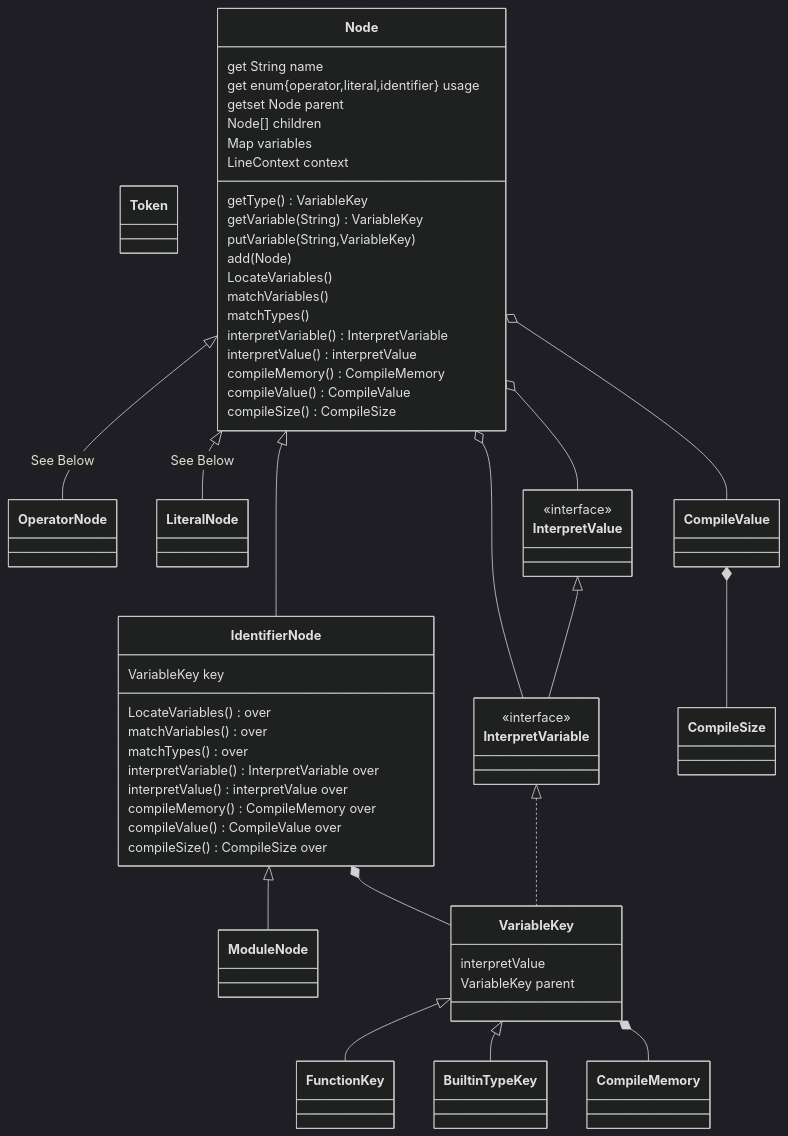
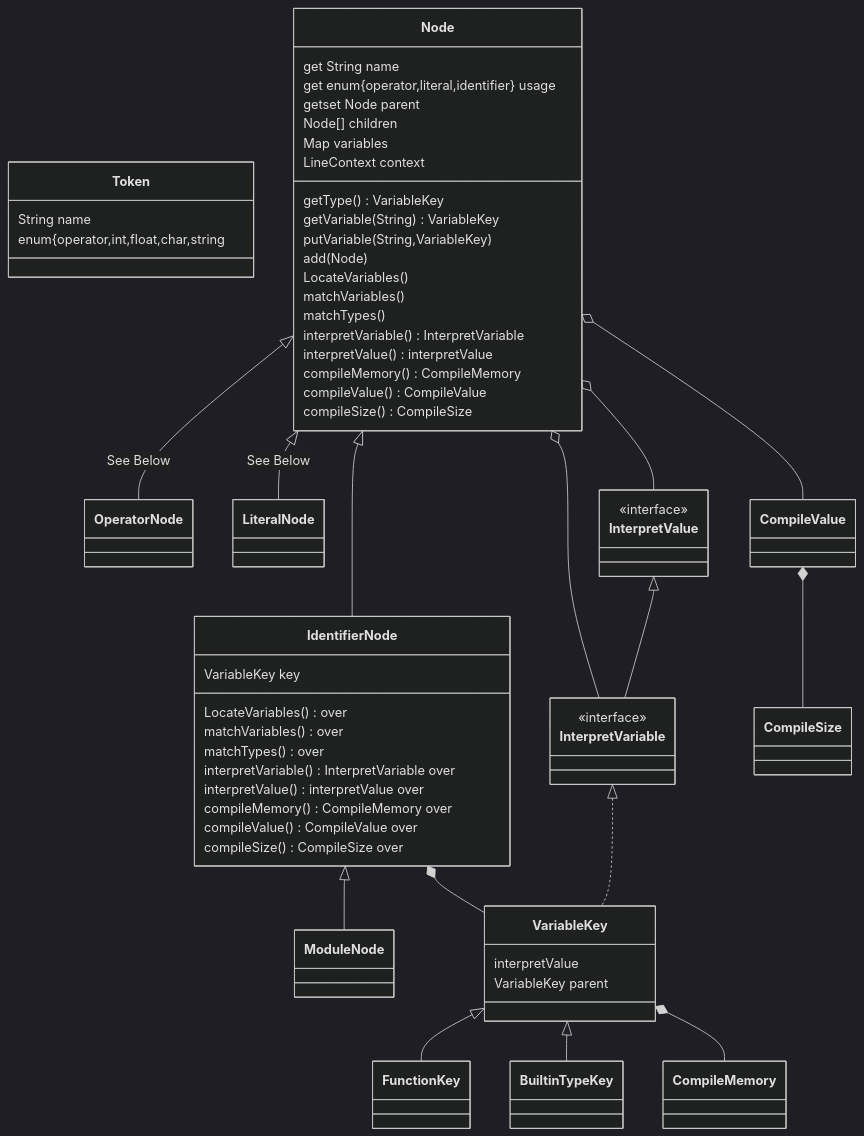
One commit to Jzhyang1/Monomer changed the first of 4 diagrams in README.md. Above: the diagram before and after it, drawn with Mermaid (dark theme). The commit also changed other lines of this file, not shown here.

````diff
--- a/README.md
+++ b/README.md
@@ -239,54 +239,57 @@
 ```mermaid
 classDiagram
 class Token
 
 Node <|-- OperatorNode: See Below
 Node <|-- LiteralNode: See Below
 Node <|-- IdentifierNode
 Node o-- InterpretVariable
 Node o-- InterpretValue
 IdentifierNode <|-- ModuleNode
 IdentifierNode *-- VariableKey
 VariableKey <|-- FunctionKey
 VariableKey <|-- BuiltinTypeKey
 VariableKey *-- CompileMemory
 InterpretValue <|-- InterpretVariable
 InterpretVariable <|.. VariableKey
 CompileValue *-- CompileSize
 Node o-- CompileValue
+
+Token: String name
+Token: enum{operator,int,float,char,string
 
 Node: get String name
 Node: get enum{operator,literal,identifier} usage
 Node: getset Node parent
 Node: Node[] children
 Node: Map<String, VariableKey> variables
 Node: LineContext context
 Node: getType() VariableKey
 Node: getVariable(String) VariableKey
 Node: putVariable(String,VariableKey)
 Node: add(Node)
 Node: LocateVariables()
 Node: matchVariables()
 Node: matchTypes()
 Node: interpretVariable() InterpretVariable
 Node: interpretValue() interpretValue
 Node: compileMemory() CompileMemory
 Node: compileValue() CompileValue
 Node: compileSize() CompileSize
 
 IdentifierNode: VariableKey key
 IdentifierNode: LocateVariables() over
 IdentifierNode: matchVariables() over
 IdentifierNode: matchTypes() over
 IdentifierNode: interpretVariable() InterpretVariable over
 IdentifierNode: interpretValue() interpretValue over
 IdentifierNode: compileMemory() CompileMemory over
 IdentifierNode: compileValue() CompileValue over
 IdentifierNode: compileSize() CompileSize over
 
 <<interface>> InterpretValue
 <<interface>> InterpretVariable
 
 VariableKey: interpretValue
 VariableKey: VariableKey parent
 ```
````
